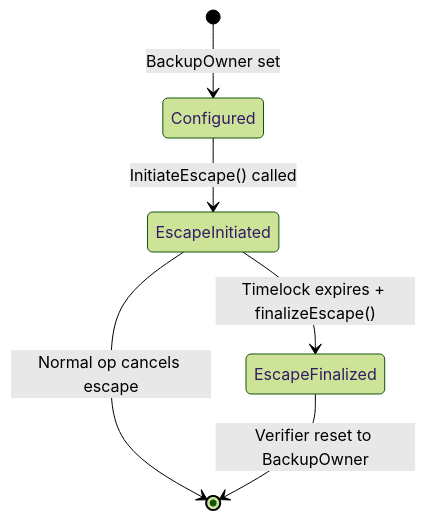
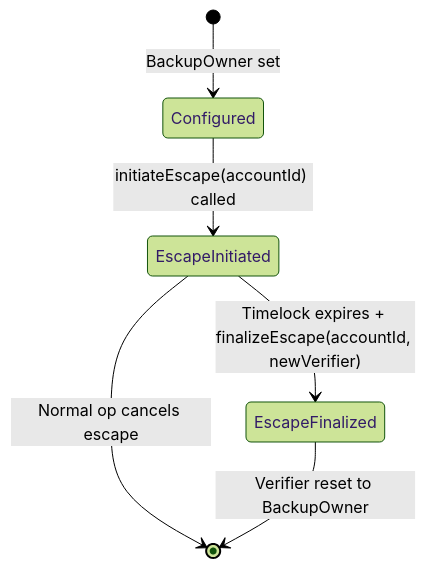
One commit to RustForNeo/neo-os-aa changed the diagram in docs/PROTOCOL_COMPLETENESS_AUDIT.md. Above: the diagram before and after it, drawn with Mermaid (forest theme). The commit also changed other lines of this file and 4 other files, not shown here.

````diff
--- a/docs/PROTOCOL_COMPLETENESS_AUDIT.md
+++ b/docs/PROTOCOL_COMPLETENESS_AUDIT.md
@@ -109,8 +109,8 @@
 ```mermaid
 stateDiagram-v2
     [*] --> Configured: BackupOwner set
-    Configured --> EscapeInitiated: InitiateEscape() called
+    Configured --> EscapeInitiated: initiateEscape(accountId) called
     EscapeInitiated --> [*]: Normal op cancels escape
-    EscapeInitiated --> EscapeFinalized: Timelock expires + finalizeEscape()
+    EscapeInitiated --> EscapeFinalized: Timelock expires + finalizeEscape(accountId, newVerifier)
     EscapeFinalized --> [*]: Verifier reset to BackupOwner
 ```
````
